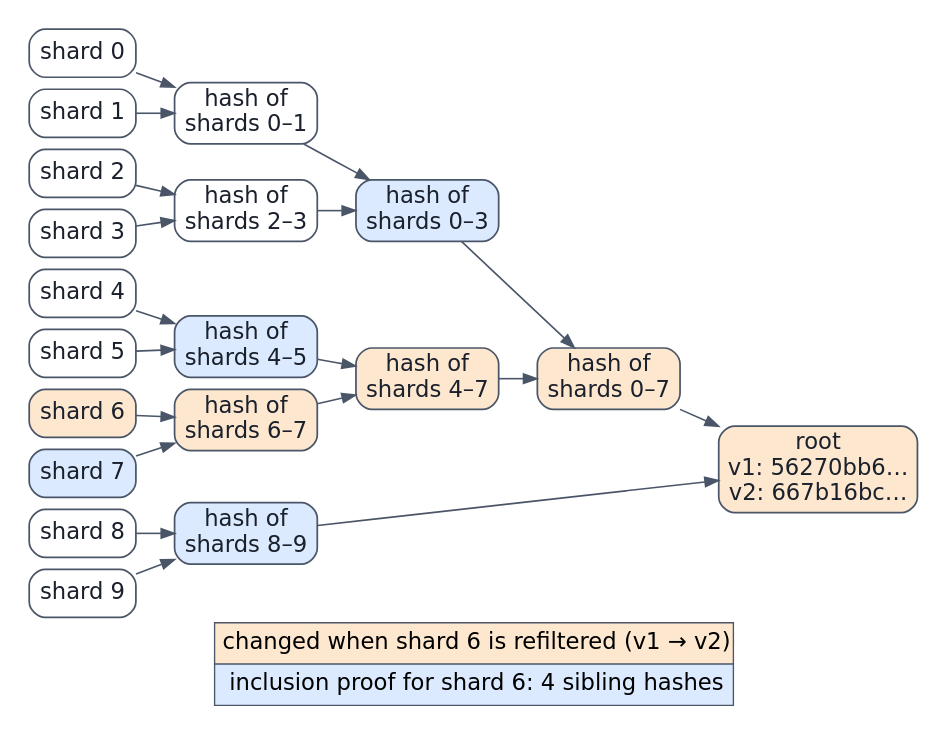
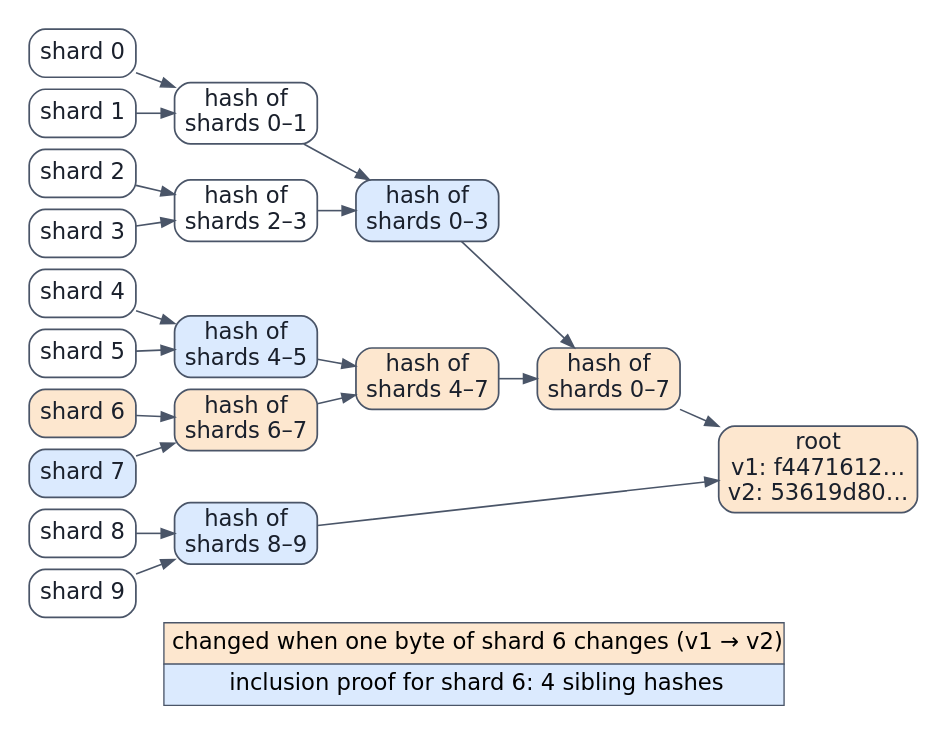
One commit to Beaker12/llmatlas changed the diagram in chapters/05-dataset-management/figures/merkle.dot. Above: the diagram before and after it, drawn with Graphviz. The commit also changed 8 other files, not shown here.

Commit message:
Chapter 5: one Merkle version root over paths, exact stride apportionment, closed-form drift threshold, Solution 4 probe, citation and notation fixes

```diff
--- a/chapters/05-dataset-management/figures/merkle.dot
+++ b/chapters/05-dataset-management/figures/merkle.dot
@@ -1,42 +1,42 @@
 digraph merkle {
-  graph [label=<<TABLE BORDER="0" CELLBORDER="1" CELLSPACING="0" CELLPADDING="5" COLOR="#4a5568"><TR><TD BGCOLOR="#fde7cf">changed when shard 6 is refiltered (v1 → v2)</TD></TR><TR><TD BGCOLOR="#dbeafe">inclusion proof for shard 6: 4 sibling hashes</TD></TR></TABLE>>, fontname="DejaVu Sans", fontsize=17, rankdir=LR, nodesep=0.12, ranksep=0.4, pad=0.2, labelloc=b];
+  graph [label=<<TABLE BORDER="0" CELLBORDER="1" CELLSPACING="0" CELLPADDING="5" COLOR="#4a5568"><TR><TD BGCOLOR="#fde7cf">changed when one byte of shard 6 changes (v1 → v2)</TD></TR><TR><TD BGCOLOR="#dbeafe">inclusion proof for shard 6: 4 sibling hashes</TD></TR></TABLE>>, fontname="DejaVu Sans", fontsize=17, rankdir=LR, nodesep=0.12, ranksep=0.4, pad=0.2, labelloc=b];
   node [fontname="DejaVu Sans", fontsize=17, fontcolor="#1a202c", shape=box, style="rounded,filled", fillcolor="#ffffff", color="#4a5568", penwidth=1.3]; edge [fontname="DejaVu Sans", fontsize=16, fontcolor="#1a202c", color="#4a5568", penwidth=1.2];
   L0 [label="shard 0", fillcolor="#ffffff"];
   L1 [label="shard 1", fillcolor="#ffffff"];
   L2 [label="shard 2", fillcolor="#ffffff"];
   L3 [label="shard 3", fillcolor="#ffffff"];
   L4 [label="shard 4", fillcolor="#ffffff"];
   L5 [label="shard 5", fillcolor="#ffffff"];
   L6 [label="shard 6", fillcolor="#fde7cf"];
   L7 [label="shard 7", fillcolor="#dbeafe"];
   L8 [label="shard 8", fillcolor="#ffffff"];
   L9 [label="shard 9", fillcolor="#ffffff"];
   L0 -> N0_1;
   L1 -> N0_1;
   L2 -> N2_3;
   L3 -> N2_3;
   L4 -> N4_5;
   L5 -> N4_5;
   L6 -> N6_7;
   L7 -> N6_7;
   L8 -> N8_9;
   L9 -> N8_9;
   N0_1 -> N0_3;
   N2_3 -> N0_3;
   N4_5 -> N4_7;
   N6_7 -> N4_7;
   N0_3 -> N0_7;
   N4_7 -> N0_7;
   N0_7 -> N0_9;
   N8_9 -> N0_9;
   N0_1 [label="hash of\nshards 0–1", fillcolor="#ffffff"];
   N2_3 [label="hash of\nshards 2–3", fillcolor="#ffffff"];
   N4_5 [label="hash of\nshards 4–5", fillcolor="#dbeafe"];
   N6_7 [label="hash of\nshards 6–7", fillcolor="#fde7cf"];
   N8_9 [label="hash of\nshards 8–9", fillcolor="#dbeafe"];
   N0_3 [label="hash of\nshards 0–3", fillcolor="#dbeafe"];
   N4_7 [label="hash of\nshards 4–7", fillcolor="#fde7cf"];
   N0_7 [label="hash of\nshards 0–7", fillcolor="#fde7cf"];
-  N0_9 [label="root\nv1: 56270bb6…\nv2: 667b16bc…", fillcolor="#fde7cf"];
+  N0_9 [label="root\nv1: f4471612…\nv2: 53619d80…", fillcolor="#fde7cf"];
   {rank=same; L0 -> L1 -> L2 -> L3 -> L4 -> L5 -> L6 -> L7 -> L8 -> L9 [style=invis];}
 }
```
